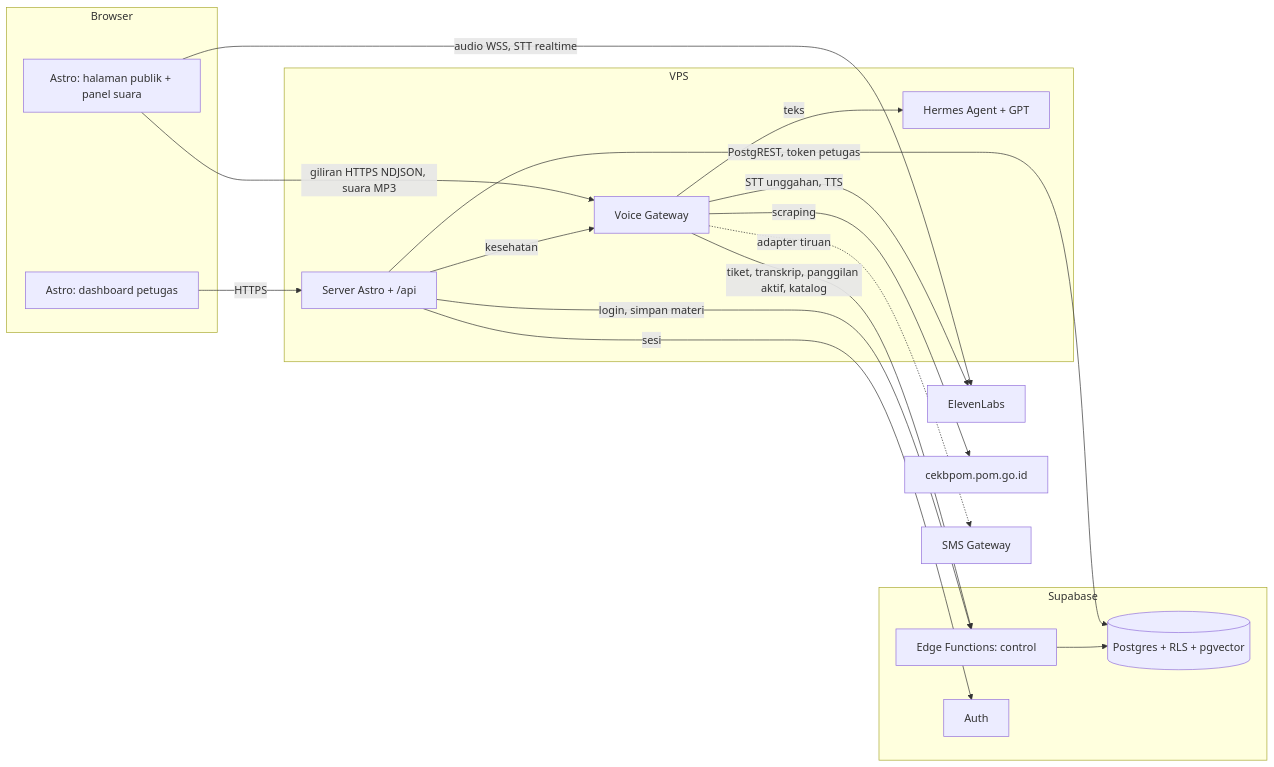
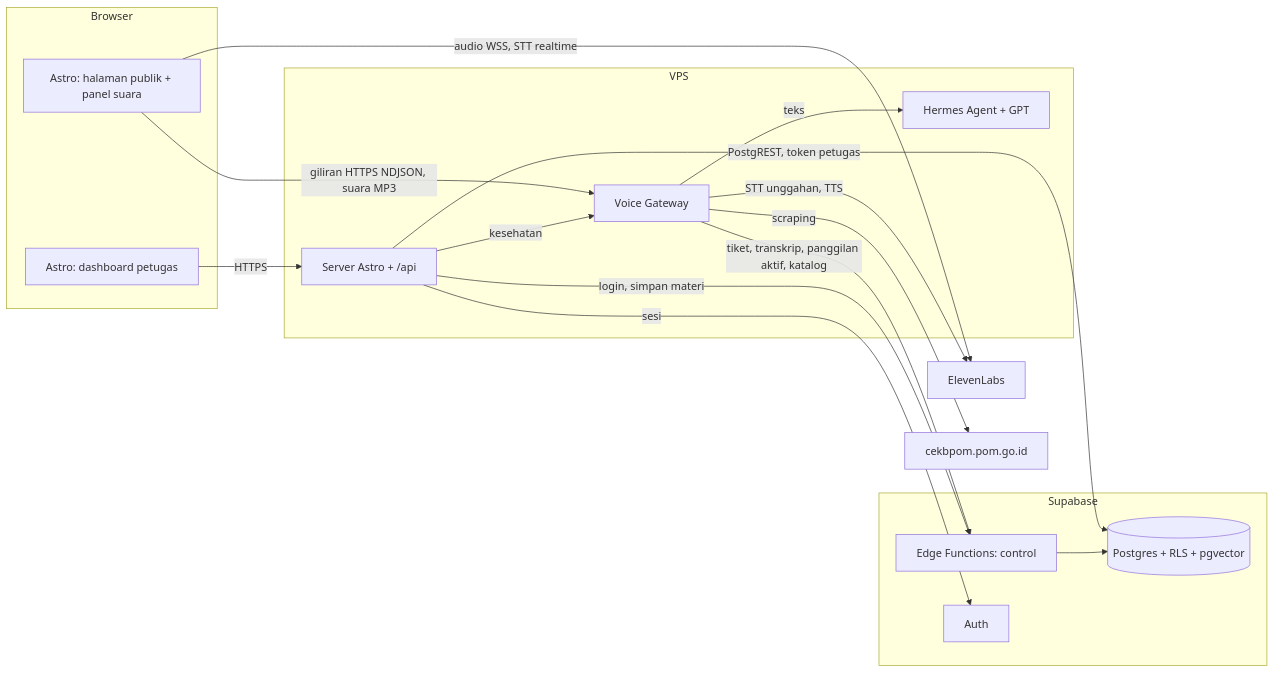
Before and after one commit to AgilePemdigi-2026/SigapBPOM: the second of 3 diagrams in README.md, drawn with Mermaid. The commit also changed other lines of this file and 49 other files, not shown here.

First line of the commit message:
feat(UC-06): tindak lanjut lewat WhatsApp manual menggantikan SMS Gateway

````diff
--- a/README.md
+++ b/README.md
@@ -149,30 +149,29 @@
 ```mermaid
 flowchart LR
   subgraph Browser
     P[Astro: halaman publik + panel suara]
     D[Astro: dashboard petugas]
   end
   subgraph VPS
     W[Server Astro + /api]
     G[Voice Gateway]
     H[Hermes Agent + GPT]
   end
   subgraph Supabase
     EF[Edge Functions: control]
     DB[(Postgres + RLS + pgvector)]
     AU[Auth]
   end
   P -- giliran HTTPS NDJSON, suara MP3 --> G
   P -- audio WSS, STT realtime --> EL[ElevenLabs]
   G -- STT unggahan, TTS --> EL
   G -- teks --> H
   G -- scraping --> CB[cekbpom.pom.go.id]
   G -- tiket, transkrip, panggilan aktif, katalog --> EF
-  G -. adapter tiruan .-> SMS[SMS Gateway]
   D -- HTTPS --> W
   W -- login, simpan materi --> EF
   W -- PostgREST, token petugas --> DB
   W -- sesi --> AU
   W -- kesehatan --> G
   EF --> DB
 ```
````
